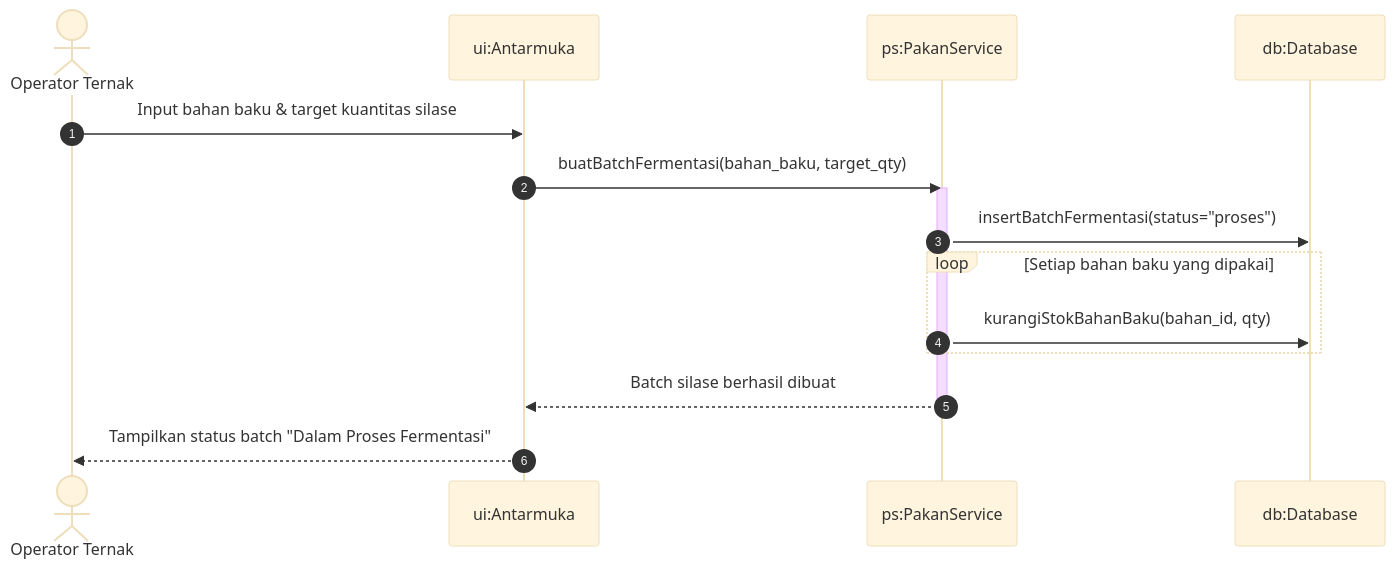
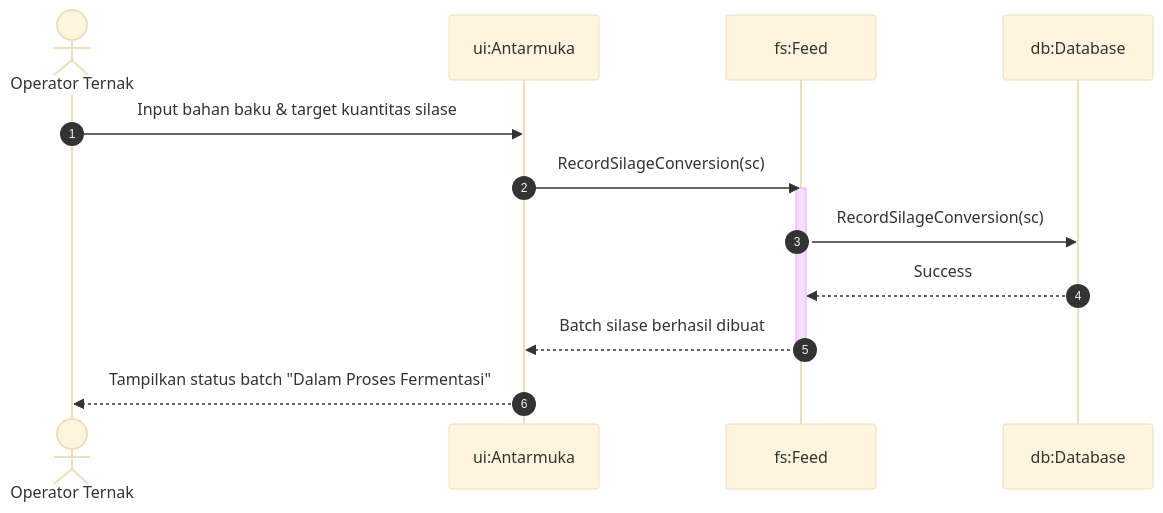
The seventh of 11 diagrams in docs/livestock_module_sequence_diagrams.md (MuhammadHamidy/Farmease), drawn with Mermaid (base theme) before and after one commit. The commit also changed other lines of this file and 299 other files, not shown here.

````diff
--- a/docs/livestock_module_sequence_diagrams.md
+++ b/docs/livestock_module_sequence_diagrams.md
@@ -206,19 +191,17 @@
 ```mermaid
 sequenceDiagram
     autonumber
     actor Operator as Operator Ternak
     participant UI as ui:Antarmuka
-    participant PS as ps:PakanService
+    participant FS as fs:Feed
     participant DB as db:Database
 
     Operator->>UI: Input bahan baku & target kuantitas silase
-    UI->>PS: buatBatchFermentasi(bahan_baku, target_qty)
-    activate PS
-    PS->>DB: insertBatchFermentasi(status="proses")
-    loop Setiap bahan baku yang dipakai
-        PS->>DB: kurangiStokBahanBaku(bahan_id, qty)
-    end
-    PS-->>UI: Batch silase berhasil dibuat
-    deactivate PS
+    UI->>FS: RecordSilageConversion(sc)
+    activate FS
+    FS->>DB: RecordSilageConversion(sc)
+    DB-->>FS: Success
+    FS-->>UI: Batch silase berhasil dibuat
+    deactivate FS
     UI-->>Operator: Tampilkan status batch "Dalam Proses Fermentasi"
 ```
````
